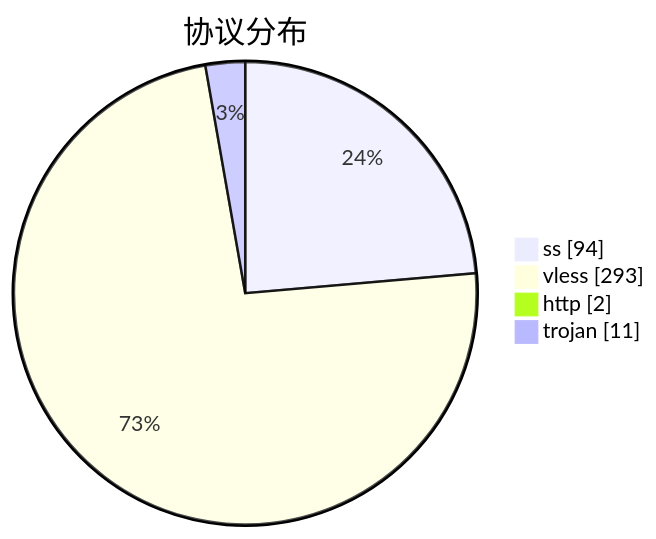
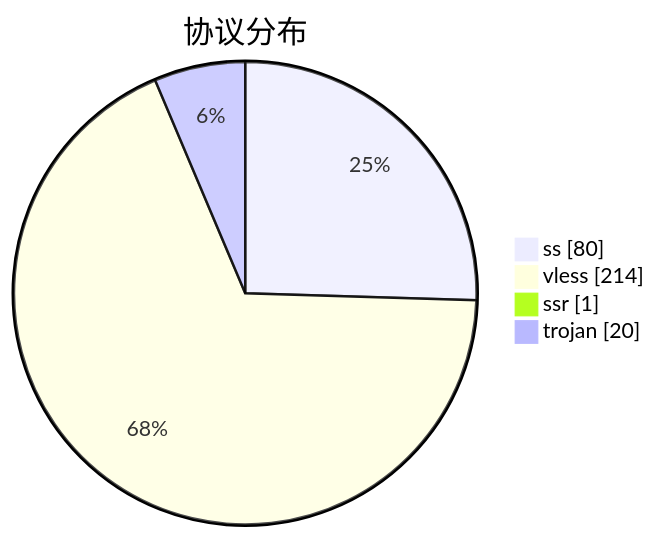
Before and after one commit to qjlxg/airport: the third of 3 diagrams in subs/statistics/tested_within.md, drawn with Mermaid. The commit also changed other lines of this file and 2 other files, not shown here.

````diff
--- a/subs/statistics/tested_within.md
+++ b/subs/statistics/tested_within.md
@@ -33,8 +25,8 @@
 ```mermaid
 pie showData
 title 协议分布
-"ss" : 94
-"vless" : 293
-"http" : 2
-"trojan" : 11
+"ss" : 80
+"vless" : 214
+"ssr" : 1
+"trojan" : 20
 ```
````
